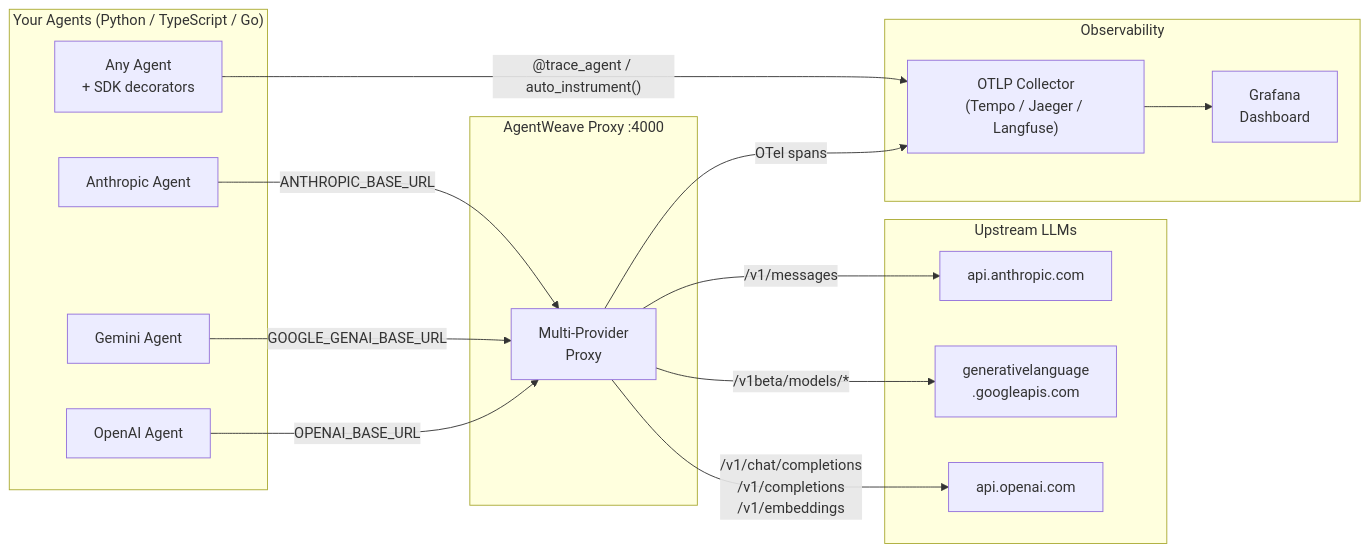
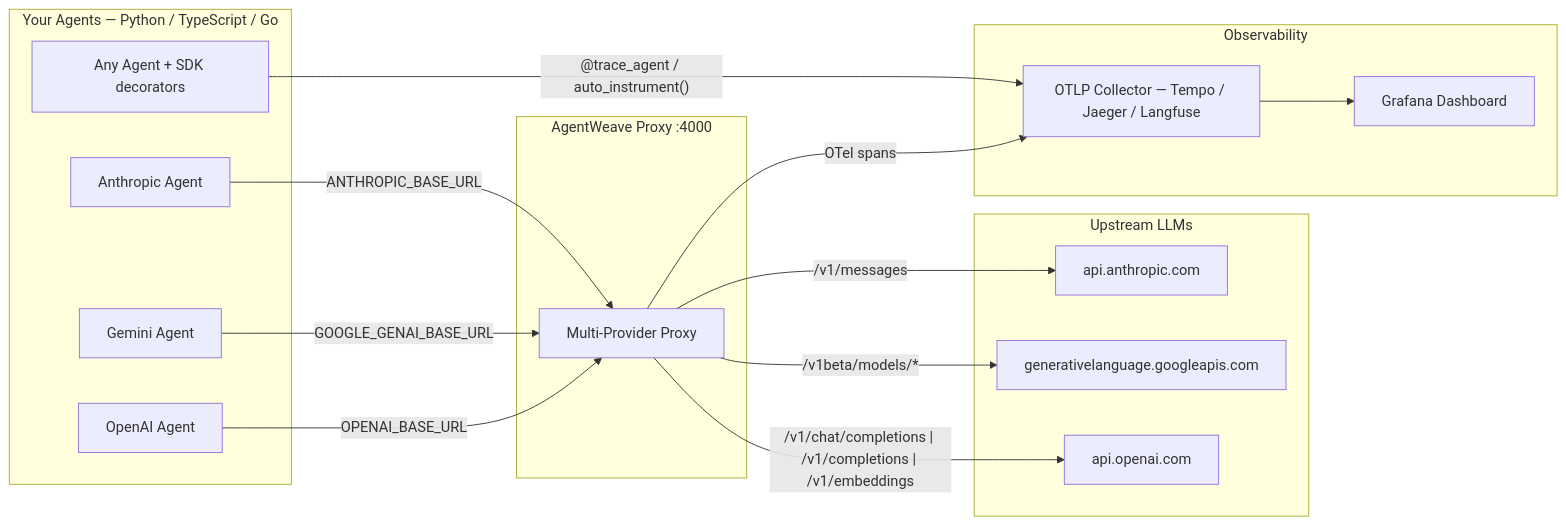
Before and after one commit to arniesaha/agentweave: the diagram in README.md, drawn with Mermaid.

Commit message:
docs: fix Mermaid diagram — remove \n line breaks, use single-line labels

````diff
--- a/README.md
+++ b/README.md
@@ -21,35 +21,35 @@
 ```mermaid
 graph LR
-    subgraph Agents["Your Agents (Python / TypeScript / Go)"]
+    subgraph Agents["Your Agents — Python / TypeScript / Go"]
         A1["Anthropic Agent"]
         A2["Gemini Agent"]
         A3["OpenAI Agent"]
-        A4["Any Agent\n+ SDK decorators"]
+        A4["Any Agent + SDK decorators"]
     end
 
     subgraph Proxy["AgentWeave Proxy :4000"]
-        P["Multi-Provider\nProxy"]
+        P["Multi-Provider Proxy"]
     end
 
     subgraph LLMs["Upstream LLMs"]
         AN[api.anthropic.com]
-        GO["generativelanguage\n.googleapis.com"]
+        GO[generativelanguage.googleapis.com]
         OA[api.openai.com]
     end
 
     subgraph Observability
-        OT["OTLP Collector\n(Tempo / Jaeger / Langfuse)"]
-        GR["Grafana\nDashboard"]
+        OT["OTLP Collector — Tempo / Jaeger / Langfuse"]
+        GR["Grafana Dashboard"]
     end
 
     A1 -- "ANTHROPIC_BASE_URL" --> P
     A2 -- "GOOGLE_GENAI_BASE_URL" --> P
     A3 -- "OPENAI_BASE_URL" --> P
     A4 -- "@trace_agent / auto_instrument()" --> OT
 
     P -- "/v1/messages" --> AN
     P -- "/v1beta/models/*" --> GO
-    P -- "/v1/chat/completions\n/v1/completions\n/v1/embeddings" --> OA
+    P -- "/v1/chat/completions | /v1/completions | /v1/embeddings" --> OA
     P -- "OTel spans" --> OT
     OT --> GR
 ```
````
